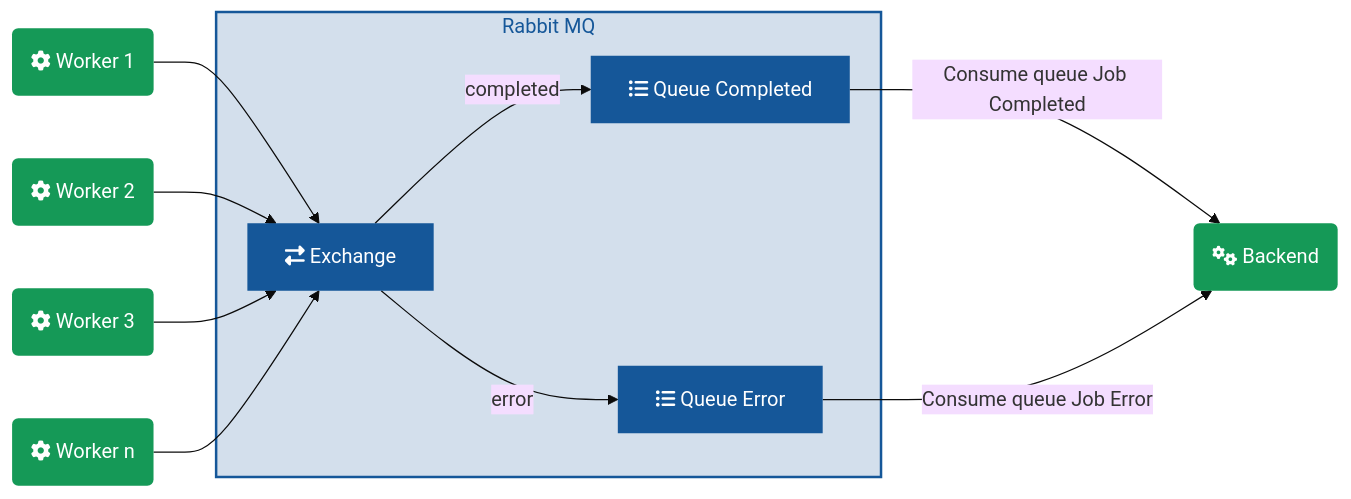
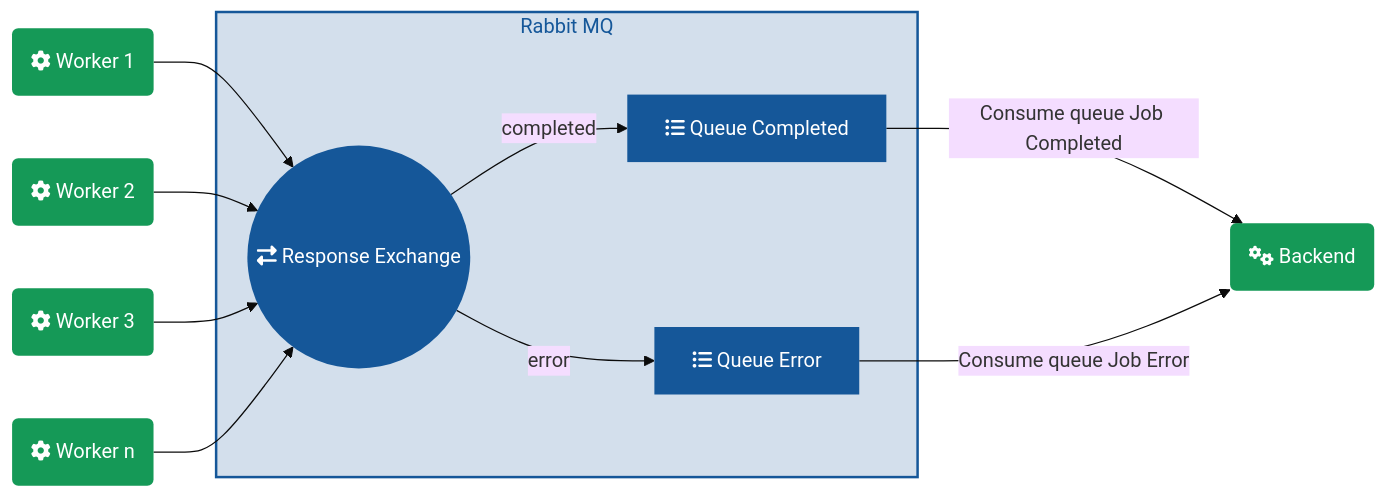
Before and after one commit to media-cloud-ai/media-cloud-ai.github.com: the third of 3 diagrams in step_flow.md, drawn with Mermaid (base theme). The commit also changed other lines of this file, not shown here.

Commit message:
update schema

```diff
--- a/step_flow.md
+++ b/step_flow.md
@@ -74,36 +74,36 @@
 <div class="mermaid">
 graph LR
 
-w1(fa:fa-cog Worker 1) --> exchange_2[fa:fa-exchange-alt Exchange]
-w2(fa:fa-cog Worker 2) --> exchange_2
-w3(fa:fa-cog Worker 3) --> exchange_2
-wn(fa:fa-cog Worker n) --> exchange_2
+w1(fa:fa-cog Worker 1) --> exchange((fa:fa-exchange-alt Response Exchange))
+w2(fa:fa-cog Worker 2) --> exchange
+w3(fa:fa-cog Worker 3) --> exchange
+wn(fa:fa-cog Worker n) --> exchange
 
 subgraph rmq[Rabbit MQ]
-  exchange_2 --> |completed| q_completed[fa:fa-list-ul Queue Completed]
-  exchange_2 --> |error| q_error[fa:fa-list-ul  Queue Error]
+  exchange --> |completed| q_completed[fa:fa-list-ul Queue Completed]
+  exchange --> |error| q_error[fa:fa-list-ul  Queue Error]
 end
 
 q_completed --> |Consume queue Job Completed|backend2(fa:fa-cogs Backend)
 q_error --> |Consume queue Job Error|backend2
 
 classDef blue fill:#155799,stroke: none,color: #fff;
 classDef green fill:#159957,stroke: none,color: #fff;
 
 class backend green
 class backend2 green
 class backend3 green
 class w1 green
 class w2 green
 class w3 green
 class wn green
 class q_worker_1 blue
 class q_worker_2 blue
 class q_worker_n blue
 class q_completed blue
 class q_error blue
-class exchange_1 blue
-class exchange_2 blue
+class exchange blue
+class exchange blue
 
 style rmq fill:#15579930,stroke:#155799,stroke-width:2px,color:#155799
 </div>
```
